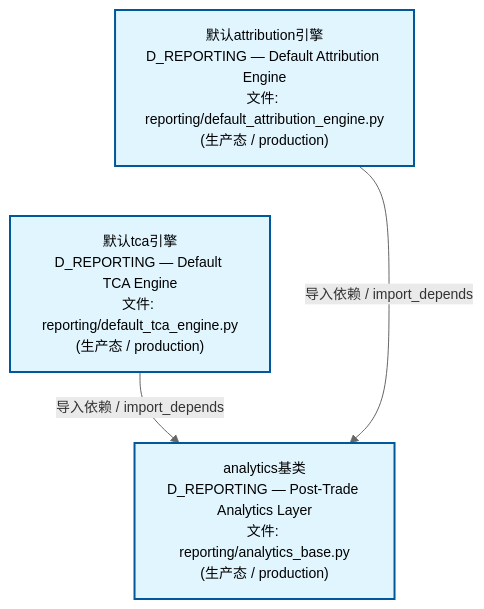
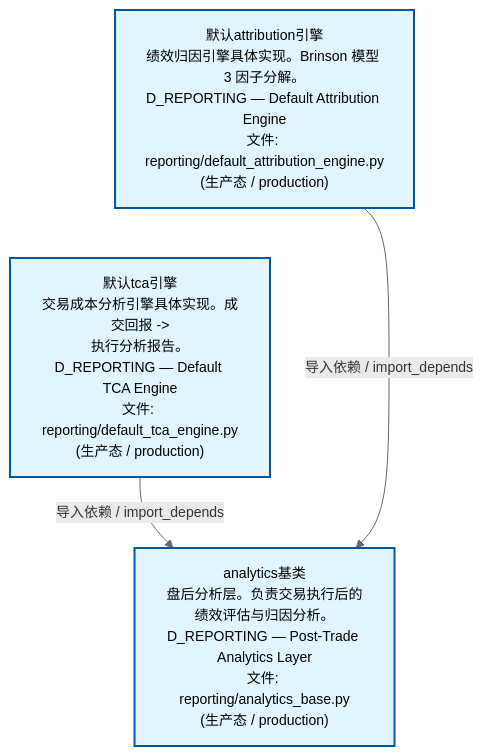
One commit to xuanFelixVan/ZephyrAlpha changed the second of 4 diagrams in docs/02_enterprise_architecture/02_domain_architecture_docs/26_d_reporting.md. Above: the diagram before and after it, drawn with Mermaid. The commit also changed other lines of this file and 48 other files, not shown here.

````diff
--- a/docs/02_enterprise_architecture/02_domain_architecture_docs/26_d_reporting.md
+++ b/docs/02_enterprise_architecture/02_domain_architecture_docs/26_d_reporting.md
@@ -117,15 +117,15 @@
 ```mermaid
 %%{init: {'theme': 'base', 'themeVariables': {'primaryColor': '#eaeaea', 'primaryTextColor': '#333333', 'primaryBorderColor': '#666666', 'lineColor': '#666666', 'secondaryColor': '#eaeaea', 'tertiaryColor': '#eaeaea', 'fontSize': '14px'}}}%%
 flowchart TD
-    src_zephyr_reporting_default_attribution_engine_py["默认attribution引擎<br/>D_REPORTING — Default Attribution Engine<br/>文件: reporting/default_attribution_engine.py<br/>(生产态 / production)"]
-    src_zephyr_reporting_default_tca_engine_py["默认tca引擎<br/>D_REPORTING — Default TCA Engine<br/>文件: reporting/default_tca_engine.py<br/>(生产态 / production)"]
+    src_zephyr_reporting_default_attribution_engine_py["默认attribution引擎<br/>绩效归因引擎具体实现。Brinson 模型 3 因子分解。<br/>D_REPORTING — Default Attribution Engine<br/>文件: reporting/default_attribution_engine.py<br/>(生产态 / production)"]
+    src_zephyr_reporting_default_tca_engine_py["默认tca引擎<br/>交易成本分析引擎具体实现。成交回报 -><br/>执行分析报告。<br/>D_REPORTING — Default TCA Engine<br/>文件: reporting/default_tca_engine.py<br/>(生产态 / production)"]
     src_zephyr_reporting_default_attribution_engine_py ~~~ src_zephyr_reporting_default_tca_engine_py
-    src_zephyr_reporting_analytics_base_py["analytics基类<br/>D_REPORTING — Post-Trade Analytics Layer<br/>文件: reporting/analytics_base.py<br/>(生产态 / production)"]
+    src_zephyr_reporting_analytics_base_py["analytics基类<br/>盘后分析层。负责交易执行后的绩效评估与归因分析。<br/>D_REPORTING — Post-Trade Analytics Layer<br/>文件: reporting/analytics_base.py<br/>(生产态 / production)"]
     src_zephyr_reporting_default_tca_engine_py -->|导入依赖 / import_depends| src_zephyr_reporting_analytics_base_py
     src_zephyr_reporting_default_attribution_engine_py -->|导入依赖 / import_depends| src_zephyr_reporting_analytics_base_py
     classDef production fill:#e1f5fe,stroke:#01579b,stroke-width:2px,color:#000
     classDef design fill:#fff3e0,stroke:#e65100,stroke-width:2px,color:#000,stroke-dasharray: 5 5
     classDef external_prod fill:#e8f4fd,stroke:#0277bd,stroke-width:1px,color:#000
     classDef external_design fill:#fff8e7,stroke:#ef6c00,stroke-width:1px,color:#000,stroke-dasharray: 5 5
     class src_zephyr_reporting_analytics_base_py,src_zephyr_reporting_default_attribution_engine_py,src_zephyr_reporting_default_tca_engine_py production
 ```
````
